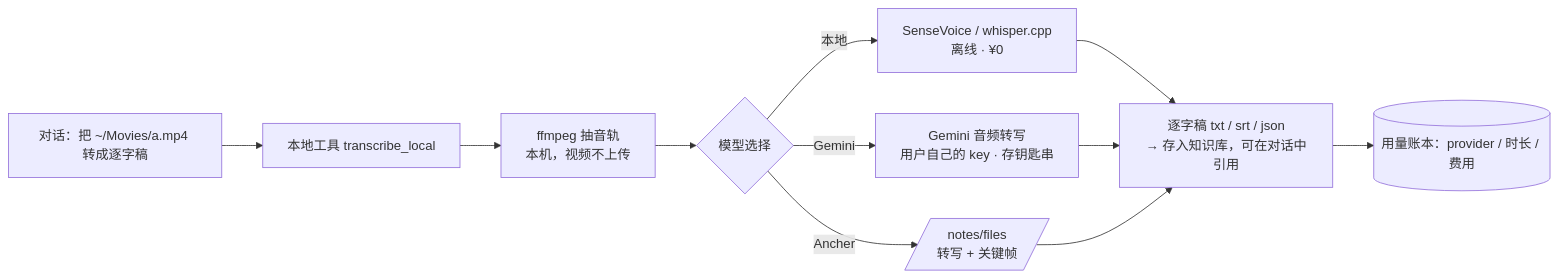
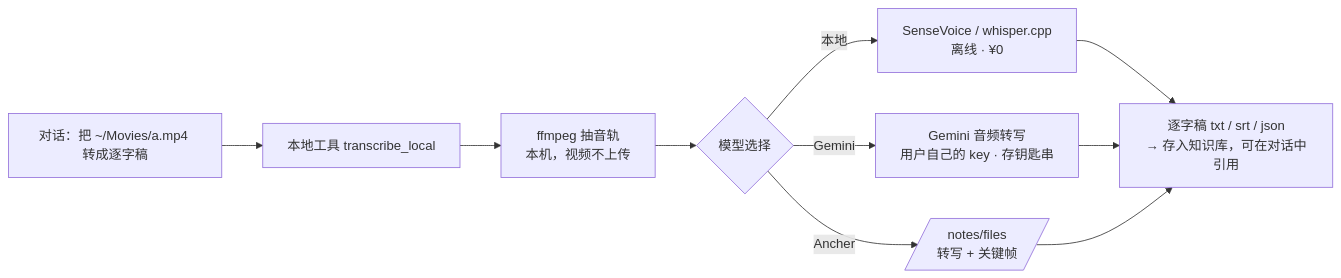
Before and after one commit to ziyetsui/aiscript: the third of 5 diagrams in specs/0002-desktop-client-spec.md, drawn with Mermaid. The commit also changed other lines of this file and 32 other files, not shown here.

````diff
--- a/specs/0002-desktop-client-spec.md
+++ b/specs/0002-desktop-client-spec.md
@@ -205,11 +224,10 @@
 ```mermaid
 flowchart LR
   U[对话：把 ~/Movies/a.mp4 转成逐字稿] --> T[本地工具 transcribe_local]
   T --> F[ffmpeg 抽音轨<br/>本机，视频不上传]
   F --> R{模型选择}
   R -->|本地| S[SenseVoice / whisper.cpp<br/>离线 · ¥0]
   R -->|Gemini| G[Gemini 音频转写<br/>用户自己的 key · 存钥匙串]
   R -->|Ancher| A[/notes/files<br/>转写 + 关键帧/]
   S & G & A --> O[逐字稿 txt / srt / json<br/>→ 存入知识库，可在对话中引用]
-  O --> L[(用量账本：provider / 时长 / 费用)]
 ```
````
